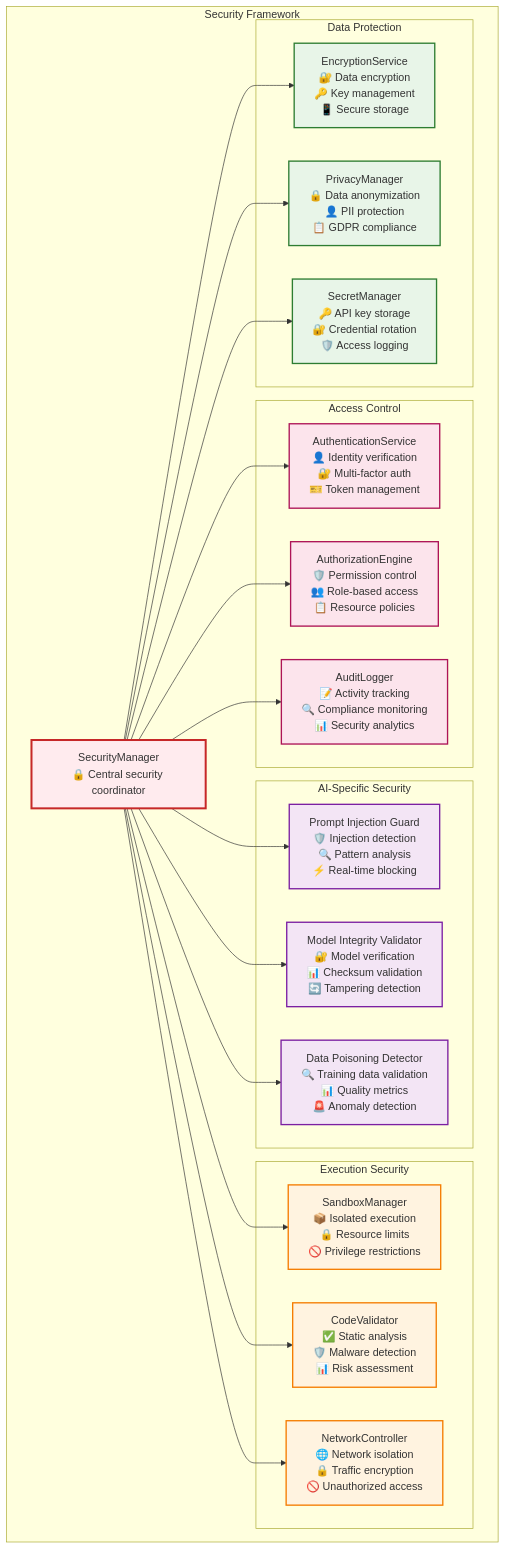
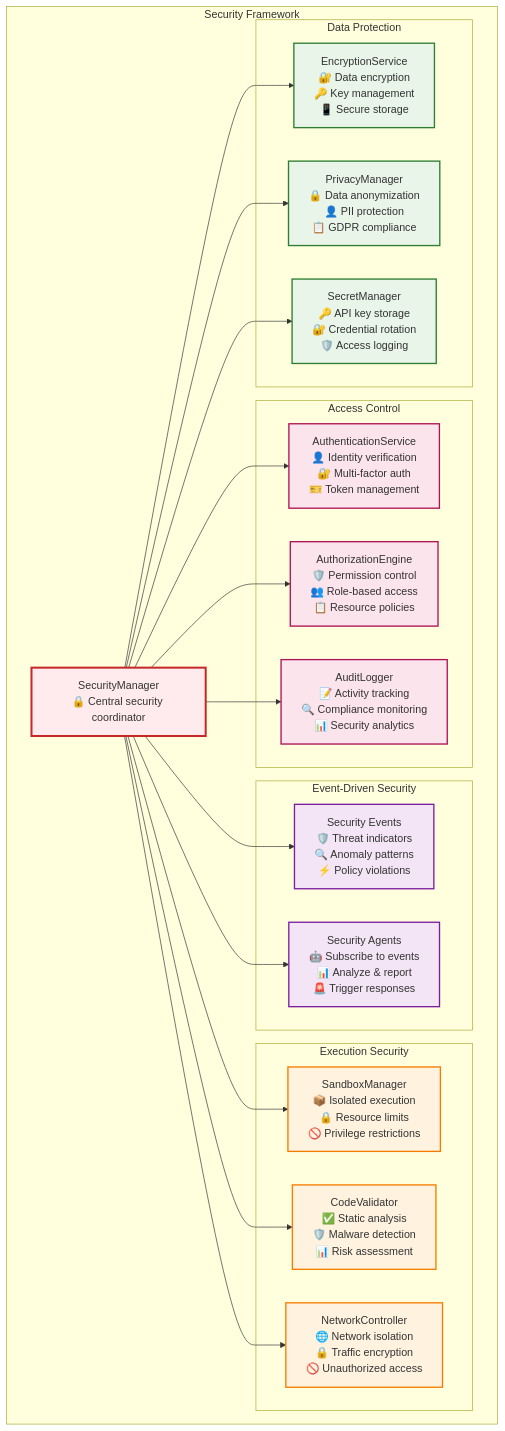
Diagram 42 of 49 in docs/ai-execution-architecture.md (Vrooli/Vrooli), drawn with Mermaid before and after one commit. The commit also changed other lines of this file, not shown here.

Commit message:
Execution architecture p9

````diff
--- a/docs/ai-execution-architecture.md
+++ b/docs/ai-execution-architecture.md
@@ -3073,55 +3185,53 @@
 ```mermaid
 graph TB
     subgraph "Security Framework"
         SecurityManager[SecurityManager<br/>🔒 Central security coordinator]
         
         subgraph "Access Control"
             AuthenticationService[AuthenticationService<br/>👤 Identity verification<br/>🔐 Multi-factor auth<br/>🎫 Token management]
             AuthorizationEngine[AuthorizationEngine<br/>🛡️ Permission control<br/>👥 Role-based access<br/>📋 Resource policies]
             AuditLogger[AuditLogger<br/>📝 Activity tracking<br/>🔍 Compliance monitoring<br/>📊 Security analytics]
         end
         
-        subgraph "AI-Specific Security"
-            PromptInjectionGuard[Prompt Injection Guard<br/>🛡️ Injection detection<br/>🔍 Pattern analysis<br/>⚡ Real-time blocking]
-            ModelIntegrityValidator[Model Integrity Validator<br/>🔐 Model verification<br/>📊 Checksum validation<br/>🔄 Tampering detection]
-            DataPoisoningDetector[Data Poisoning Detector<br/>🔍 Training data validation<br/>📊 Quality metrics<br/>🚨 Anomaly detection]
+        subgraph "Event-Driven Security"
+            SecurityEvents[Security Events<br/>🛡️ Threat indicators<br/>🔍 Anomaly patterns<br/>⚡ Policy violations]
+            SecurityAgents[Security Agents<br/>🤖 Subscribe to events<br/>📊 Analyze & report<br/>🚨 Trigger responses]
         end
         
         subgraph "Execution Security"
             SandboxManager[SandboxManager<br/>📦 Isolated execution<br/>🔒 Resource limits<br/>🚫 Privilege restrictions]
             CodeValidator[CodeValidator<br/>✅ Static analysis<br/>🛡️ Malware detection<br/>📊 Risk assessment]
             NetworkController[NetworkController<br/>🌐 Network isolation<br/>🔒 Traffic encryption<br/>🚫 Unauthorized access]
         end
         
         subgraph "Data Protection"
             EncryptionService[EncryptionService<br/>🔐 Data encryption<br/>🔑 Key management<br/>📱 Secure storage]
             PrivacyManager[PrivacyManager<br/>🔒 Data anonymization<br/>👤 PII protection<br/>📋 GDPR compliance]
             SecretManager[SecretManager<br/>🔑 API key storage<br/>🔐 Credential rotation<br/>🛡️ Access logging]
         end
     end
     
     SecurityManager --> AuthenticationService
     SecurityManager --> AuthorizationEngine
     SecurityManager --> AuditLogger
-    SecurityManager --> PromptInjectionGuard
-    SecurityManager --> ModelIntegrityValidator
-    SecurityManager --> DataPoisoningDetector
+    SecurityManager --> SecurityEvents
+    SecurityManager --> SecurityAgents
     SecurityManager --> SandboxManager
     SecurityManager --> CodeValidator
     SecurityManager --> NetworkController
     SecurityManager --> EncryptionService
     SecurityManager --> PrivacyManager
     SecurityManager --> SecretManager
     
     classDef security fill:#ffebee,stroke:#c62828,stroke-width:3px
     classDef access fill:#fce4ec,stroke:#ad1457,stroke-width:2px
     classDef aiSecurity fill:#f3e5f5,stroke:#7b1fa2,stroke-width:2px
     classDef execution fill:#fff3e0,stroke:#f57c00,stroke-width:2px
     classDef data fill:#e8f5e8,stroke:#2e7d32,stroke-width:2px
     
     class SecurityManager security
     class AuthenticationService,AuthorizationEngine,AuditLogger access
-    class PromptInjectionGuard,ModelIntegrityValidator,DataPoisoningDetector aiSecurity
+    class SecurityEvents,SecurityAgents aiSecurity
     class SandboxManager,CodeValidator,NetworkController execution
     class EncryptionService,PrivacyManager,SecretManager data
 ```
````
